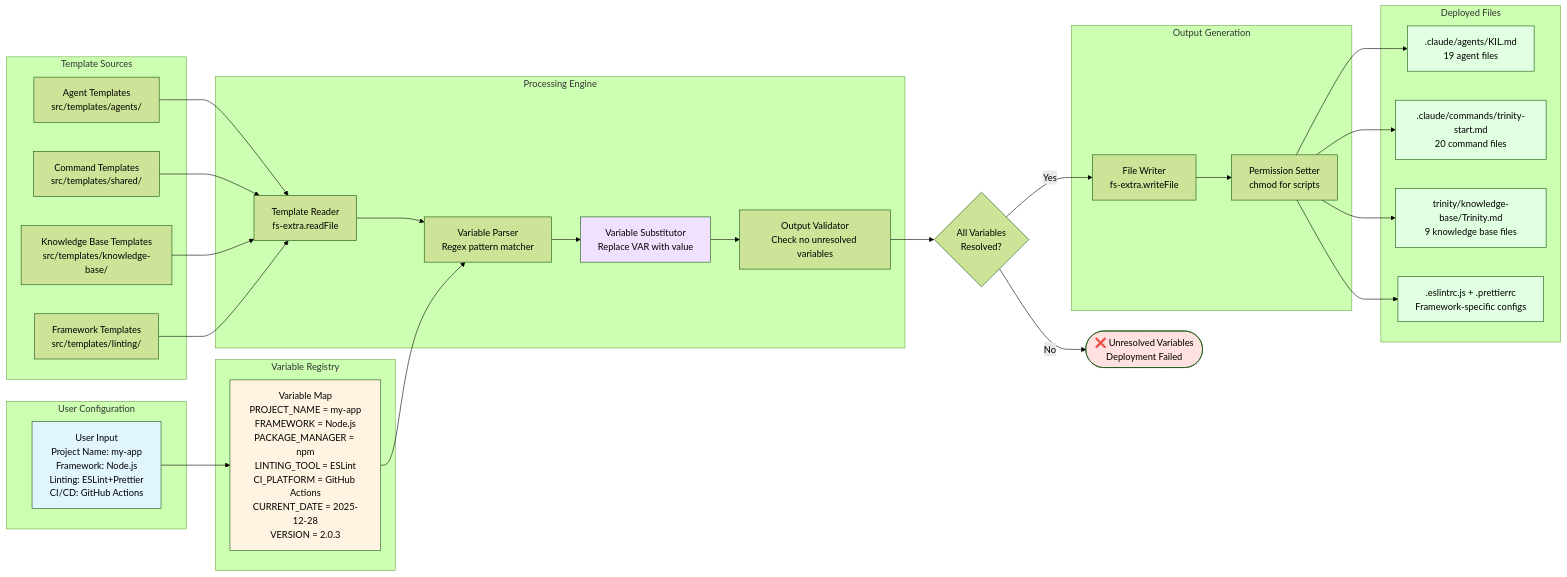
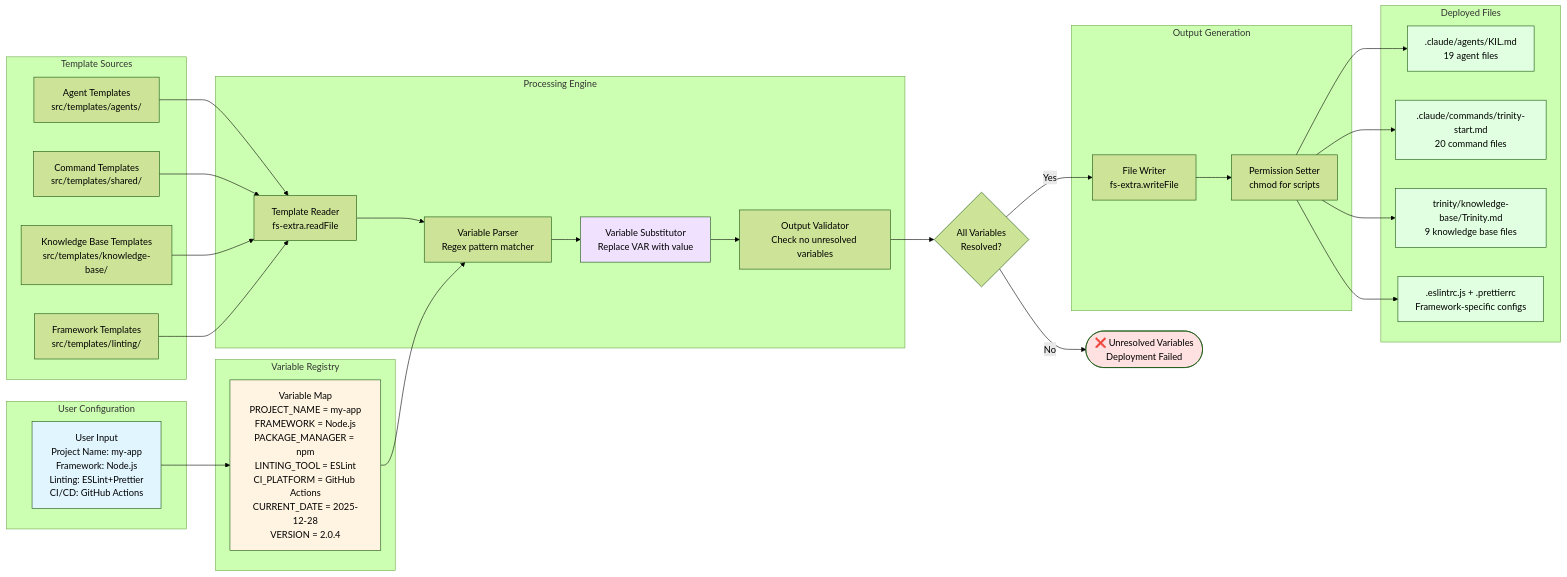
The diagram in docs/images/template-processing-pipeline.md (lukadfagundes/trinity-method-sdk), drawn with Mermaid (forest theme) before and after one commit. The commit also changed other lines of this file and 26 other files, not shown here.

````diff
--- a/docs/images/template-processing-pipeline.md
+++ b/docs/images/template-processing-pipeline.md
@@ -3,66 +3,66 @@
 ```mermaid
 flowchart LR
     subgraph "Template Sources"
         T1[Agent Templates<br/>src/templates/agents/]
         T2[Command Templates<br/>src/templates/shared/]
         T3[Knowledge Base Templates<br/>src/templates/knowledge-base/]
         T4[Framework Templates<br/>src/templates/linting/]
     end
 
     subgraph "User Configuration"
         CONFIG[User Input<br/>Project Name: my-app<br/>Framework: Node.js<br/>Linting: ESLint+Prettier<br/>CI/CD: GitHub Actions]
     end
 
     subgraph "Variable Registry"
-        VARS["Variable Map<br/>PROJECT_NAME = my-app<br/>FRAMEWORK = Node.js<br/>PACKAGE_MANAGER = npm<br/>LINTING_TOOL = ESLint<br/>CI_PLATFORM = GitHub Actions<br/>CURRENT_DATE = 2025-12-28<br/>VERSION = 2.0.3"]
+        VARS["Variable Map<br/>PROJECT_NAME = my-app<br/>FRAMEWORK = Node.js<br/>PACKAGE_MANAGER = npm<br/>LINTING_TOOL = ESLint<br/>CI_PLATFORM = GitHub Actions<br/>CURRENT_DATE = 2025-12-28<br/>VERSION = 2.0.4"]
     end
 
     subgraph "Processing Engine"
         READER[Template Reader<br/>fs-extra.readFile]
         PARSER["Variable Parser<br/>Regex pattern matcher"]
         SUBSTITUTOR["Variable Substitutor<br/>Replace VAR with value"]
         VALIDATOR["Output Validator<br/>Check no unresolved variables"]
     end
 
     subgraph "Output Generation"
         WRITER[File Writer<br/>fs-extra.writeFile]
         PERMS[Permission Setter<br/>chmod for scripts]
     end
 
     subgraph "Deployed Files"
         OUT1[.claude/agents/KIL.md<br/>19 agent files]
         OUT2[.claude/commands/trinity-start.md<br/>20 command files]
         OUT3[trinity/knowledge-base/Trinity.md<br/>9 knowledge base files]
         OUT4[.eslintrc.js + .prettierrc<br/>Framework-specific configs]
     end
 
     CONFIG --> VARS
     T1 --> READER
     T2 --> READER
     T3 --> READER
     T4 --> READER
 
     READER --> PARSER
     VARS --> PARSER
     PARSER --> SUBSTITUTOR
     SUBSTITUTOR --> VALIDATOR
 
     VALIDATOR --> DECISION{All Variables<br/>Resolved?}
     DECISION -->|No| ERROR([❌ Unresolved Variables<br/>Deployment Failed])
     DECISION -->|Yes| WRITER
 
     WRITER --> PERMS
     PERMS --> OUT1
     PERMS --> OUT2
     PERMS --> OUT3
     PERMS --> OUT4
 
     style CONFIG fill:#e1f5ff
     style VARS fill:#fff4e1
     style SUBSTITUTOR fill:#f0e1ff
     style OUT1 fill:#e1ffe1
     style OUT2 fill:#e1ffe1
     style OUT3 fill:#e1ffe1
     style OUT4 fill:#e1ffe1
     style ERROR fill:#ffe1e1
 ```
````
